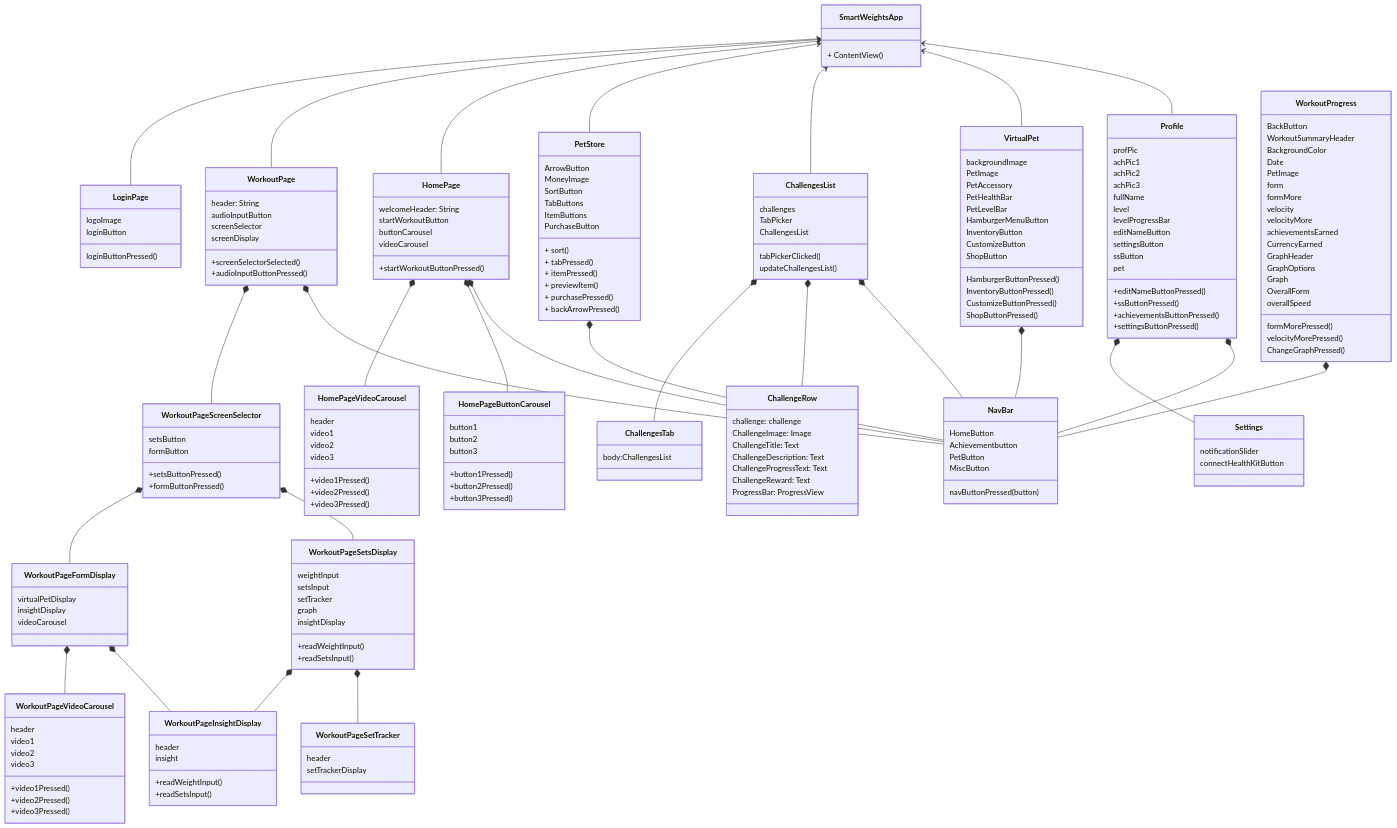
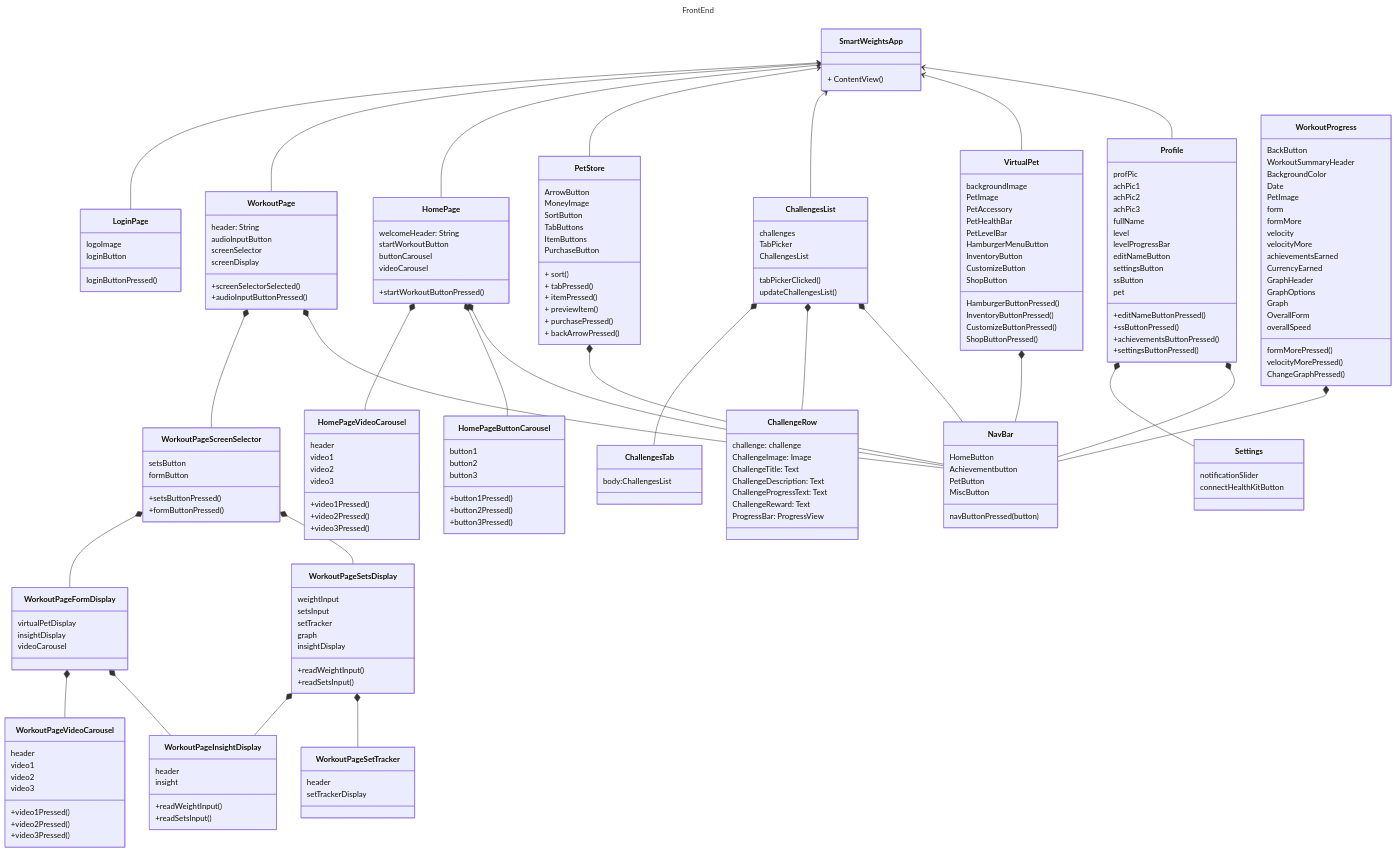
Before and after one commit to Capstone-Projects-2024-Spring/project-smartweights: the diagram in documentation/docs/system-architecture/class-diagrams.md, drawn with Mermaid. The commit also changed other lines of this file, not shown here.

````diff
--- a/documentation/docs/system-architecture/class-diagrams.md
+++ b/documentation/docs/system-architecture/class-diagrams.md
@@ -12,4 +12,7 @@
 ```mermaid
+---
+title: FrontEnd
+---
 
 
 classDiagram 
````
